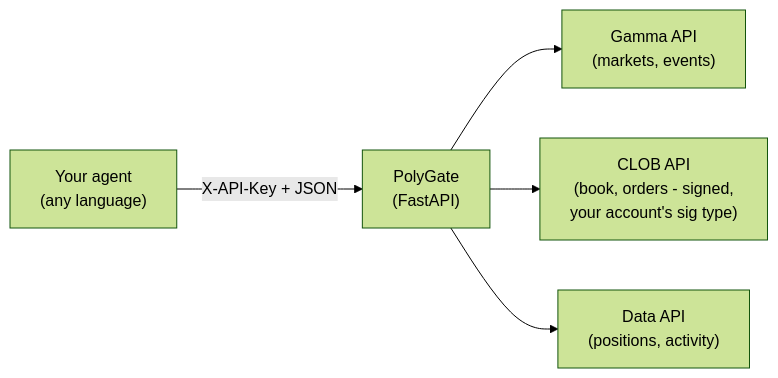
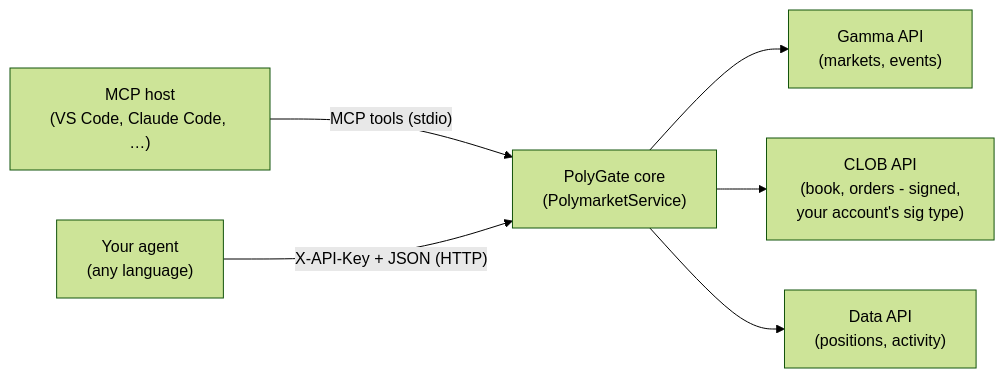
The diagram in README.md (ilmari99/polygate), drawn with Mermaid (forest theme) before and after one commit. The commit also changed other lines of this file and 18 other files, not shown here.

````diff
--- a/README.md
+++ b/README.md
@@ -20,7 +28,8 @@
 ```mermaid
 flowchart LR
-    Agent["Your agent\n(any language)"] -- "X-API-Key + JSON" --> API["PolyGate\n(FastAPI)"]
-    API --> Gamma["Gamma API\n(markets, events)"]
-    API --> CLOB["CLOB API\n(book, orders - signed,\nyour account's sig type)"]
-    API --> Data["Data API\n(positions, activity)"]
+    MCP["MCP host\n(VS Code, Claude Code, …)"] -- "MCP tools (stdio)" --> Core
+    Agent["Your agent\n(any language)"] -- "X-API-Key + JSON (HTTP)" --> Core["PolyGate core\n(PolymarketService)"]
+    Core --> Gamma["Gamma API\n(markets, events)"]
+    Core --> CLOB["CLOB API\n(book, orders - signed,\nyour account's sig type)"]
+    Core --> Data["Data API\n(positions, activity)"]
 ```
````
